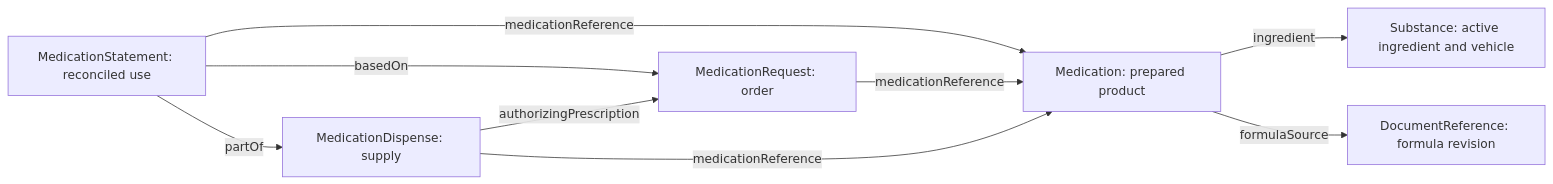
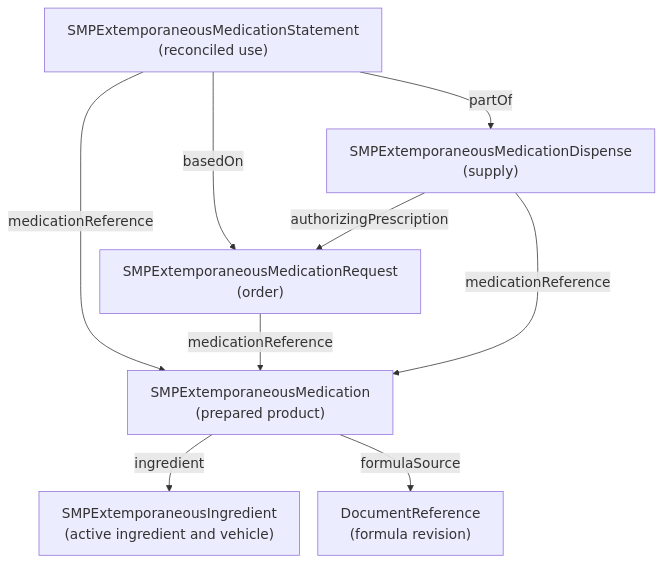
The diagram in input/pagecontent/extemporaneous-preparations.md (HL7/smp-ig), drawn with Mermaid before and after one commit. The commit also changed other lines of this file and 1 other file, not shown here.

Commit message:
diagram and Mermaid flow changes

````diff
--- a/input/pagecontent/extemporaneous-preparations.md
+++ b/input/pagecontent/extemporaneous-preparations.md
@@ -48,11 +48,12 @@
 ```mermaid
-flowchart LR
-    Statement[MedicationStatement: reconciled use] -->|basedOn| Order[MedicationRequest: order]
-    Statement -->|partOf| Dispense[MedicationDispense: supply]
+%%{init: {"themeVariables": {"fontSize": "18px"}, "flowchart": {"nodeSpacing": 24, "rankSpacing": 48}}}%%
+flowchart TB
+    Statement["SMPExtemporaneousMedicationStatement<br/>(reconciled use)"] -->|basedOn| Order["SMPExtemporaneousMedicationRequest<br/>(order)"]
+    Statement -->|partOf| Dispense["SMPExtemporaneousMedicationDispense<br/>(supply)"]
     Dispense -->|authorizingPrescription| Order
-    Statement -->|medicationReference| Product[Medication: prepared product]
+    Statement -->|medicationReference| Product["SMPExtemporaneousMedication<br/>(prepared product)"]
     Order -->|medicationReference| Product
     Dispense -->|medicationReference| Product
-    Product -->|ingredient| Ingredients[Substance: active ingredient and vehicle]
-    Product -->|formulaSource| Formula[DocumentReference: formula revision]
+    Product -->|ingredient| Ingredients["SMPExtemporaneousIngredient<br/>(active ingredient and vehicle)"]
+    Product -->|formulaSource| Formula["DocumentReference<br/>(formula revision)"]
 ```
````
